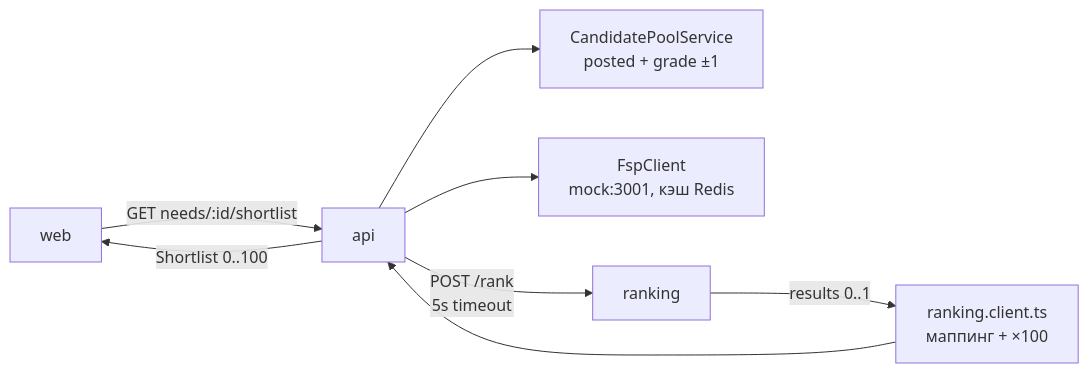
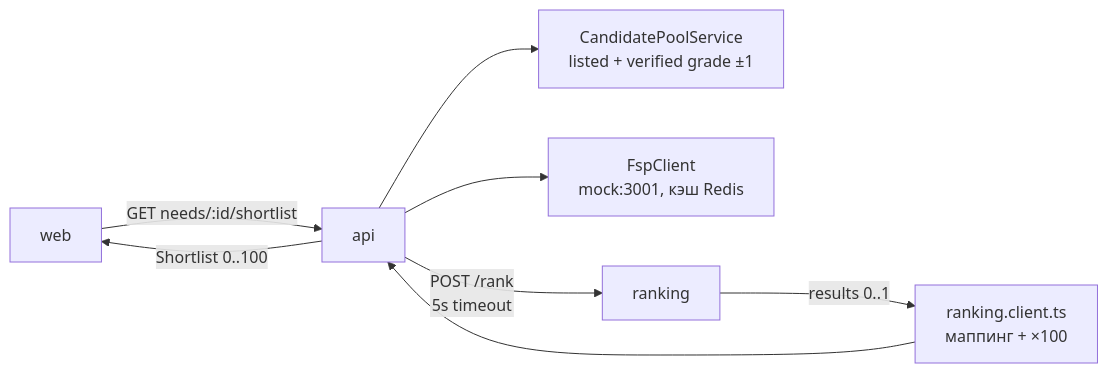
The diagram in apps/ranking/HANDOFF.md (DjonniStorm/hh-but-it-works), drawn with Mermaid before and after one commit. The commit also changed other lines of this file and 82 other files, not shown here.

````diff
--- a/apps/ranking/HANDOFF.md
+++ b/apps/ranking/HANDOFF.md
@@ -70,10 +80,10 @@
 ```mermaid
 flowchart LR
   W[web] -->|GET needs/:id/shortlist| A[api]
-  A --> P[CandidatePoolService<br/>posted + grade ±1]
+  A --> P[CandidatePoolService<br/>listed + verified grade ±1]
   A --> F[FspClient<br/>mock:3001, кэш Redis]
   A -->|POST /rank<br/>5s timeout| R[ranking]
   R -->|results 0..1| C[ranking.client.ts<br/>маппинг + ×100]
   C --> A
   A -->|Shortlist 0..100| W
 ```
````
